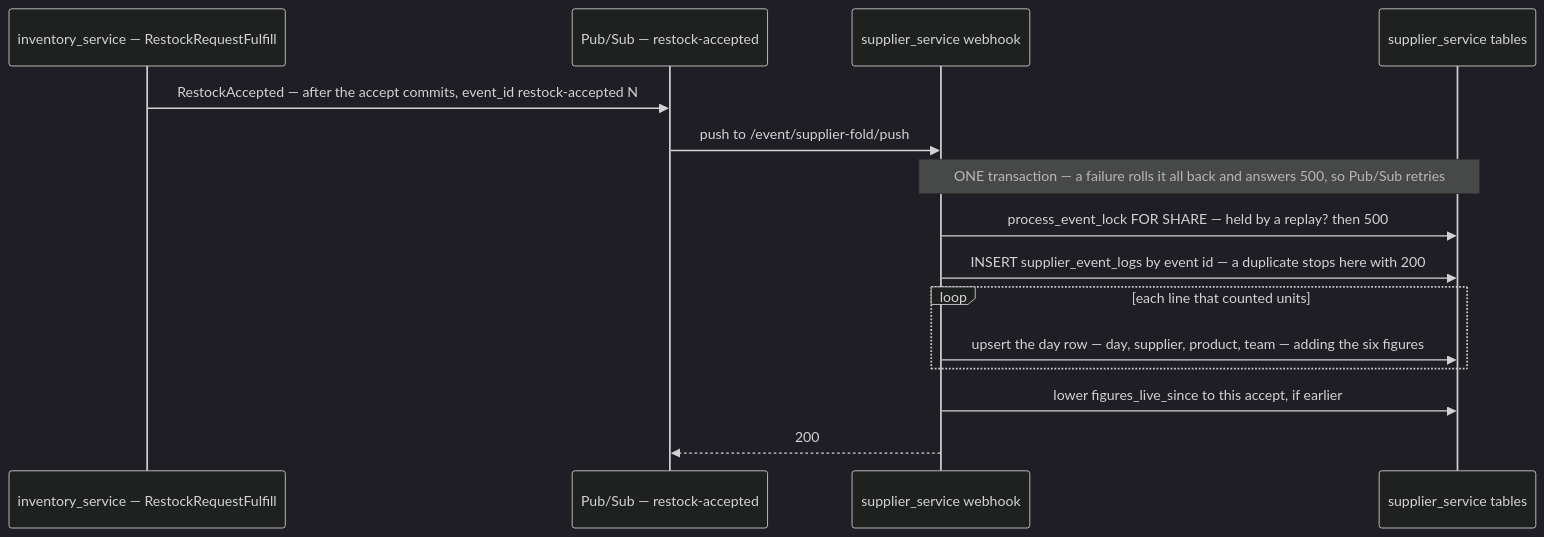
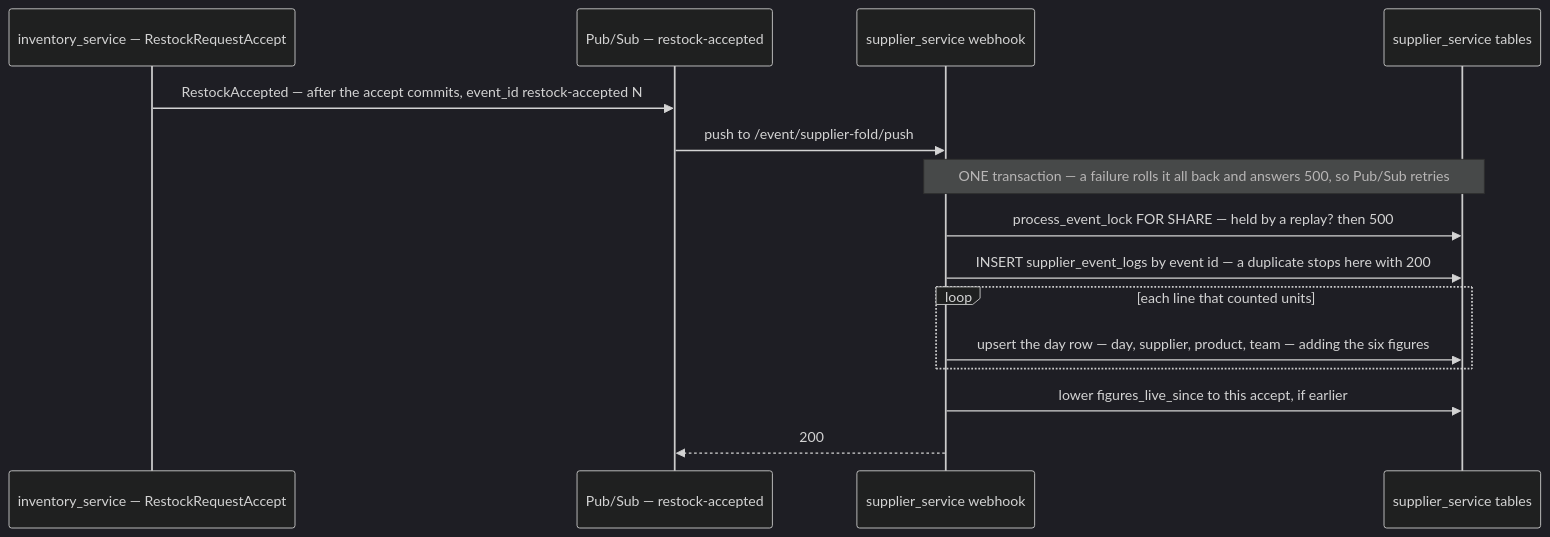
The fourth of 6 diagrams in docs/services/supplier_service/rpc.md (pdcgo/warehouse_revamp), drawn with Mermaid (dark theme) before and after one commit. The commit also changed 145 other files, not shown here.

````diff
--- a/docs/services/supplier_service/rpc.md
+++ b/docs/services/supplier_service/rpc.md
@@ -106,17 +106,17 @@
 ```mermaid
 sequenceDiagram
-  participant INV as inventory_service — RestockRequestFulfill
+  participant INV as inventory_service — RestockRequestAccept
   participant PS as Pub/Sub — restock-accepted
   participant W as supplier_service webhook
   participant DB as supplier_service tables
   INV->>PS: RestockAccepted — after the accept commits, event_id restock-accepted N
   PS->>W: push to /event/supplier-fold/push
   Note over W,DB: ONE transaction — a failure rolls it all back and answers 500, so Pub/Sub retries
   W->>DB: process_event_lock FOR SHARE — held by a replay? then 500
   W->>DB: INSERT supplier_event_logs by event id — a duplicate stops here with 200
   loop each line that counted units
     W->>DB: upsert the day row — day, supplier, product, team — adding the six figures
   end
   W->>DB: lower figures_live_since to this accept, if earlier
   W-->>PS: 200
 ```
````
